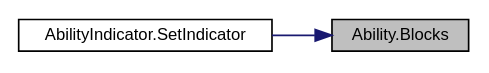
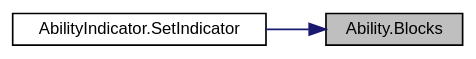
Before and after one commit to AleixFerre/TFG-Docs: the diagram in docs/class_ability_ada0f5a168924c90f6ae74918a84e3aca_icgraph.dot, drawn with Graphviz. The commit also changed 448 other files, not shown here.

```diff
--- a/docs/class_ability_ada0f5a168924c90f6ae74918a84e3aca_icgraph.dot
+++ b/docs/class_ability_ada0f5a168924c90f6ae74918a84e3aca_icgraph.dot
@@ -1,11 +1,12 @@
 digraph "Ability.Blocks"
 {
  // INTERACTIVE_SVG=YES
  // LATEX_PDF_SIZE
+  bgcolor="transparent";
   edge [fontname="Helvetica",fontsize="10",labelfontname="Helvetica",labelfontsize="10"];
   node [fontname="Helvetica",fontsize="10",shape=record];
   rankdir="RL";
   Node1 [label="Ability.Blocks",height=0.2,width=0.4,color="black", fillcolor="grey75", style="filled", fontcolor="black",tooltip=" "];
   Node1 -> Node2 [dir="back",color="midnightblue",fontsize="10",style="solid",fontname="Helvetica"];
-  Node2 [label="AbilityIndicator.SetIndicator",height=0.2,width=0.4,color="black", fillcolor="white", style="filled",URL="$class_ability_indicator.html#a334fb70612241c8c1067bb596a4e2a26",tooltip="Shows the indicator of the wanted ability"];
+  Node2 [label="AbilityIndicator.SetIndicator",height=0.2,width=0.4,color="black",URL="$class_ability_indicator.html#a334fb70612241c8c1067bb596a4e2a26",tooltip="Shows the indicator of the wanted ability"];
 }
```
